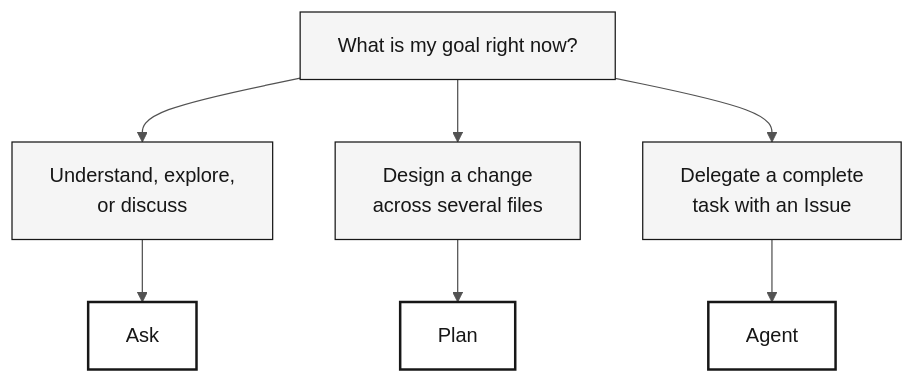
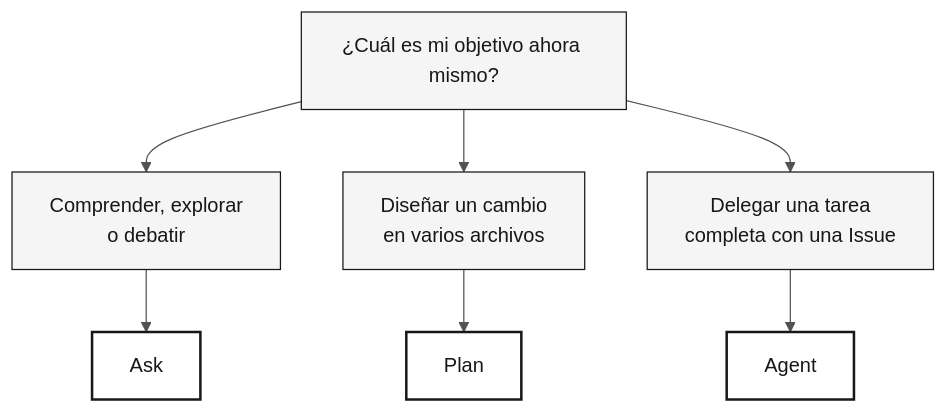
Before and after one commit to paulasilvatech/datacorp-sifap-team-kit-pt-br: the diagram in 09-cheat-sheets/copilot-3-modes.md, drawn with Mermaid. The commit also changed other lines of this file and 386 other files, not shown here.

````diff
--- a/09-cheat-sheets/copilot-3-modes.md
+++ b/09-cheat-sheets/copilot-3-modes.md
@@ -48,15 +48,15 @@
 ```mermaid
 %%{init: {'theme':'neutral','themeVariables':{'fontFamily':'ui-sans-serif, system-ui, sans-serif','primaryColor':'#F5F5F5','primaryTextColor':'#171717','primaryBorderColor':'#171717','lineColor':'#525252','secondaryColor':'#FFFFFF','tertiaryColor':'#FAFAFA','background':'#FFFFFF'}}}%%
 flowchart TD
     classDef step fill:#F5F5F5,stroke:#171717,color:#171717
     classDef result fill:#FFFFFF,stroke:#171717,color:#171717,stroke-width:2px
 
-    Q["What is my goal right now?"]:::step
-    Q --> E["Understand, explore,<br/>or discuss"]:::step
-    Q --> D["Design a change<br/>across several files"]:::step
-    Q --> G["Delegate a complete<br/>task with an Issue"]:::step
+    Q["¿Cuál es mi objetivo ahora mismo?"]:::step
+    Q --> E["Comprender, explorar<br/>o debatir"]:::step
+    Q --> D["Diseñar un cambio<br/>en varios archivos"]:::step
+    Q --> G["Delegar una tarea<br/>completa con una Issue"]:::step
 
     E --> Ask["Ask"]:::result
     D --> Plan["Plan"]:::result
     G --> Agent["Agent"]:::result
 ```
````
